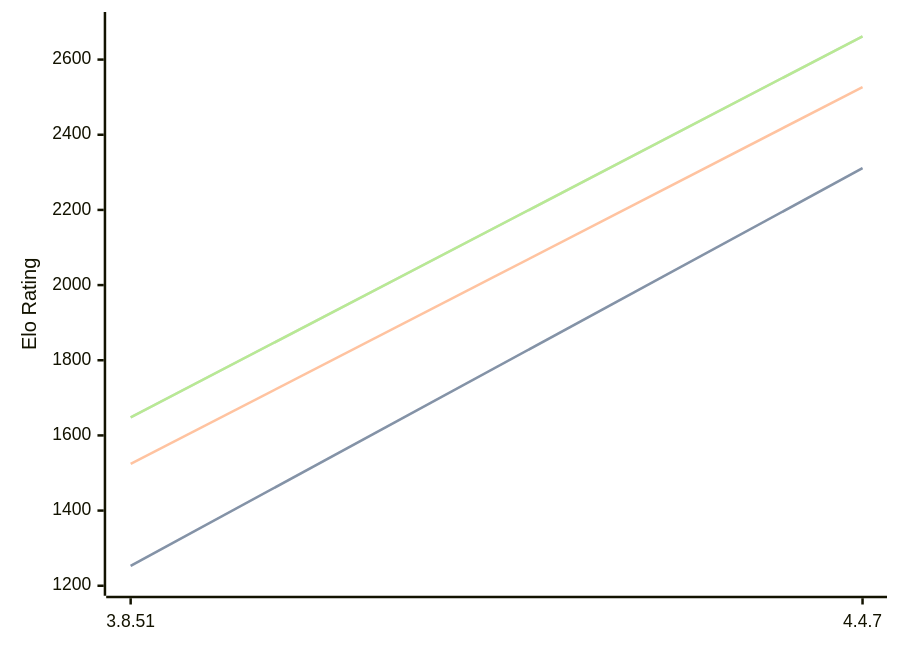
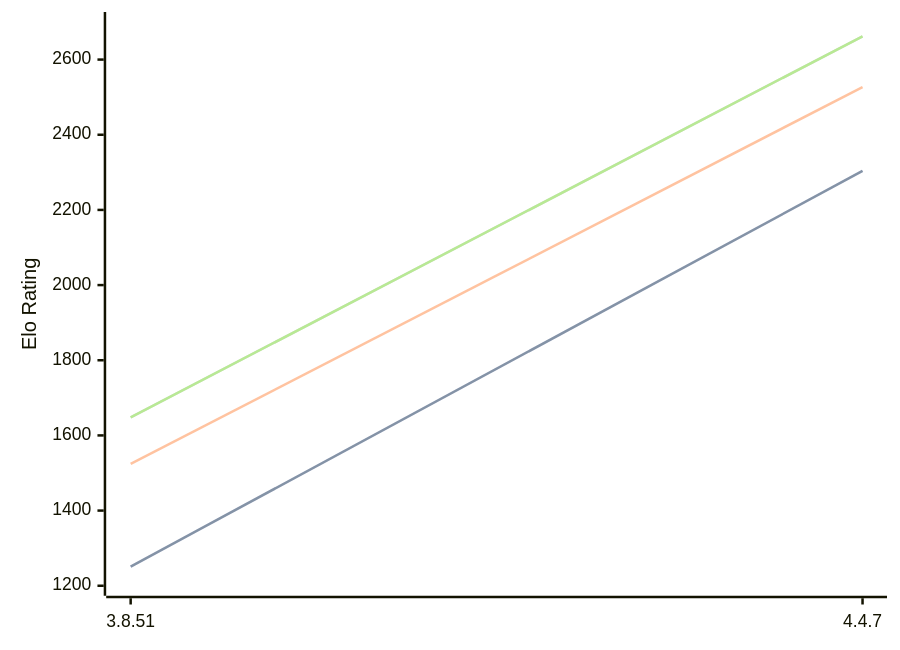
One commit to computer-chess-index/cci changed the diagram in engines/Scoria.md. Above: the diagram before and after it, drawn with Mermaid. The commit also changed other lines of this file, not shown here.

````diff
--- a/engines/Scoria.md
+++ b/engines/Scoria.md
@@ -32,11 +32,11 @@
 ```mermaid
 %%{init: {"theme":"base","themeVariables":{"seriesColors:['#a3a3a3','#222221','#faa371']}}}%%
 xychart-beta
   x-axis ["3.8.51", "4.4.7"]
   y-axis "Elo Rating" 1200 --> 2700
-  line "" [1253, 2311]
-  line "STC (8.0+0.08s)" [1253, 2311]
+  line "" [1251, 2304]
+  line "STC (8.0+0.08s)" [1251, 2304]
   line "LTC (60.0+0.60s)" [1524, 2527]
   line "" [1648, 2662]
   line "VLTC (2m24s+1.12s)" [1648, 2662]
 ```
````
